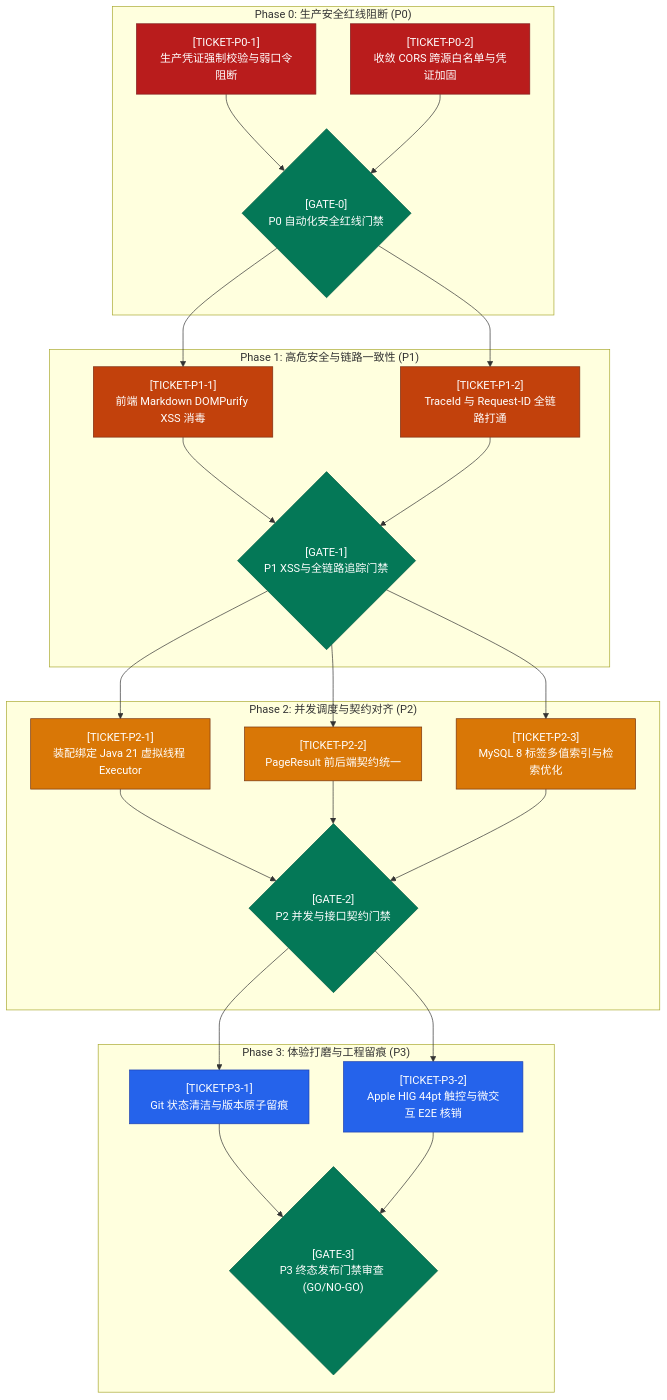
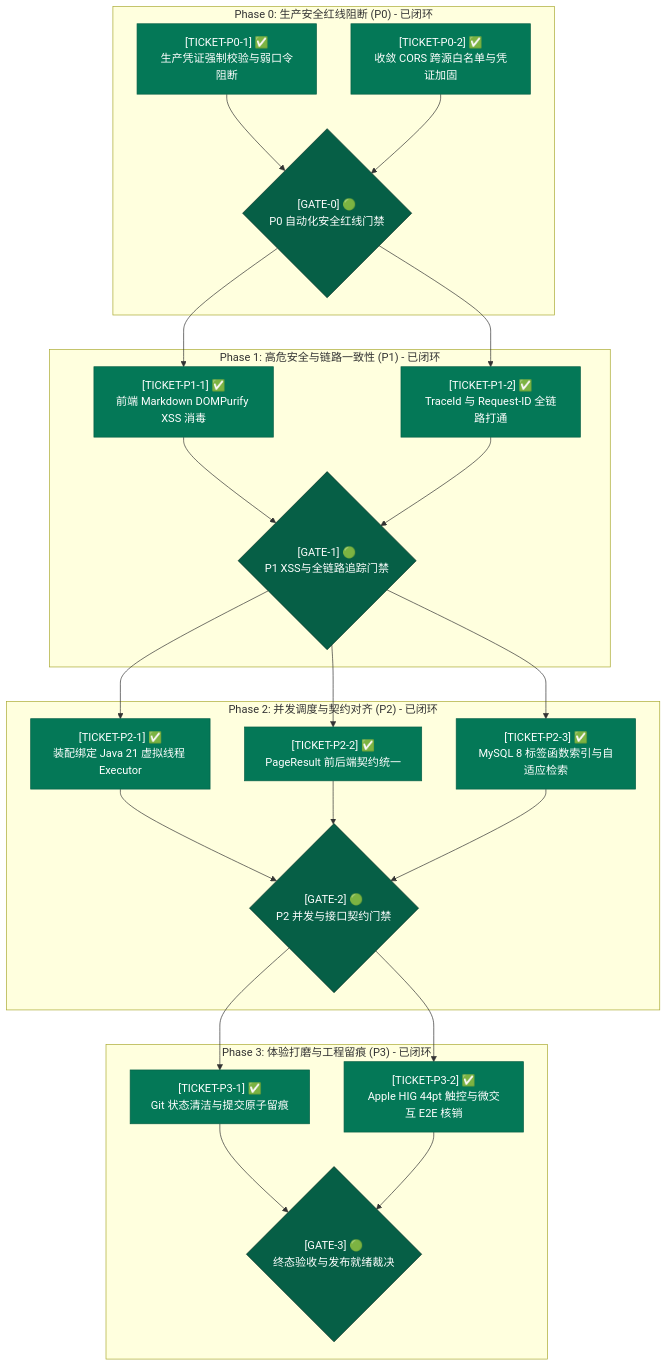
Before and after one commit to happypig1224/roubao: the diagram in docs/REMEDIATION_AND_ACCEPTANCE_PLAN.md, drawn with Mermaid. The commit also changed other lines of this file and 23 other files, not shown here.

````diff
--- a/docs/REMEDIATION_AND_ACCEPTANCE_PLAN.md
+++ b/docs/REMEDIATION_AND_ACCEPTANCE_PLAN.md
@@ -42,49 +13,46 @@
 ```mermaid
 flowchart TD
-    classDef p0 fill:#b91c1c,stroke:#7f1d1d,color:#fff;
-    classDef p1 fill:#c2410c,stroke:#7c2d12,color:#fff;
-    classDef p2 fill:#d97706,stroke:#78350f,color:#fff;
-    classDef p3 fill:#2563eb,stroke:#1e40af,color:#fff;
-    classDef gate fill:#047857,stroke:#065f46,color:#fff;
+    classDef done fill:#047857,stroke:#065f46,color:#fff;
+    classDef gate fill:#065f46,stroke:#022c22,color:#fff;
 
-    subgraph PHASE_0["Phase 0: 生产安全红线阻断 (P0)"]
-        T_P0_1["[TICKET-P0-1]<br>生产凭证强制校验与弱口令阻断"]:::p0
-        T_P0_2["[TICKET-P0-2]<br>收敛 CORS 跨源白名单与凭证加固"]:::p0
-        GATE_0{"[GATE-0]<br>P0 自动化安全红线门禁"}:::gate
+    subgraph PHASE_0["Phase 0: 生产安全红线阻断 (P0) - 已闭环"]
+        T_P0_1["[TICKET-P0-1] ✅<br>生产凭证强制校验与弱口令阻断"]:::done
+        T_P0_2["[TICKET-P0-2] ✅<br>收敛 CORS 跨源白名单与凭证加固"]:::done
+        GATE_0{"[GATE-0] 🟢<br>P0 自动化安全红线门禁"}:::gate
         T_P0_1 --> GATE_0
         T_P0_2 --> GATE_0
     end
 
-    subgraph PHASE_1["Phase 1: 高危安全与链路一致性 (P1)"]
-        T_P1_1["[TICKET-P1-1]<br>前端 Markdown DOMPurify XSS 消毒"]:::p1
-        T_P1_2["[TICKET-P1-2]<br>TraceId 与 Request-ID 全链路打通"]:::p1
-        GATE_1{"[GATE-1]<br>P1 XSS与全链路追踪门禁"}:::gate
+    subgraph PHASE_1["Phase 1: 高危安全与链路一致性 (P1) - 已闭环"]
+        T_P1_1["[TICKET-P1-1] ✅<br>前端 Markdown DOMPurify XSS 消毒"]:::done
+        T_P1_2["[TICKET-P1-2] ✅<br>TraceId 与 Request-ID 全链路打通"]:::done
+        GATE_1{"[GATE-1] 🟢<br>P1 XSS与全链路追踪门禁"}:::gate
         GATE_0 --> T_P1_1
         GATE_0 --> T_P1_2
         T_P1_1 --> GATE_1
         T_P1_2 --> GATE_1
     end
 
-    subgraph PHASE_2["Phase 2: 并发调度与契约对齐 (P2)"]
-        T_P2_1["[TICKET-P2-1]<br>装配绑定 Java 21 虚拟线程 Executor"]:::p2
-        T_P2_2["[TICKET-P2-2]<br>PageResult 前后端契约统一"]:::p2
-        T_P2_3["[TICKET-P2-3]<br>MySQL 8 标签多值索引与检索优化"]:::p2
-        GATE_2{"[GATE-2]<br>P2 并发与接口契约门禁"}:::gate
+    subgraph PHASE_2["Phase 2: 并发调度与契约对齐 (P2) - 已闭环"]
+        T_P2_1["[TICKET-P2-1] ✅<br>装配绑定 Java 21 虚拟线程 Executor"]:::done
+        T_P2_2["[TICKET-P2-2] ✅<br>PageResult 前后端契约统一"]:::done
+        T_P2_3["[TICKET-P2-3] ✅<br>MySQL 8 标签函数索引与自适应检索"]:::done
+        GATE_2{"[GATE-2] 🟢<br>P2 并发与接口契约门禁"}:::gate
         GATE_1 --> T_P2_1
         GATE_1 --> T_P2_2
         GATE_1 --> T_P2_3
         T_P2_1 --> GATE_2
         T_P2_2 --> GATE_2
         T_P2_3 --> GATE_2
     end
 
-    subgraph PHASE_3["Phase 3: 体验打磨与工程留痕 (P3)"]
-        T_P3_1["[TICKET-P3-1]<br>Git 状态清洁与版本原子留痕"]:::p3
-        T_P3_2["[TICKET-P3-2]<br>Apple HIG 44pt 触控与微交互 E2E 核销"]:::p3
-        GATE_3{"[GATE-3]<br>P3 终态发布门禁审查 (GO/NO-GO)"}:::gate
+    subgraph PHASE_3["Phase 3: 体验打磨与工程留痕 (P3) - 已闭环"]
+        T_P3_1["[TICKET-P3-1] ✅<br>Git 状态清洁与提交原子留痕"]:::done
+        T_P3_2["[TICKET-P3-2] ✅<br>Apple HIG 44pt 触控与微交互 E2E 核销"]:::done
+        GATE_3{"[GATE-3] 🟢<br>终态验收与发布就绪裁决"}:::gate
         GATE_2 --> T_P3_1
         GATE_2 --> T_P3_2
         T_P3_1 --> GATE_3
         T_P3_2 --> GATE_3
     end
 ```
````
